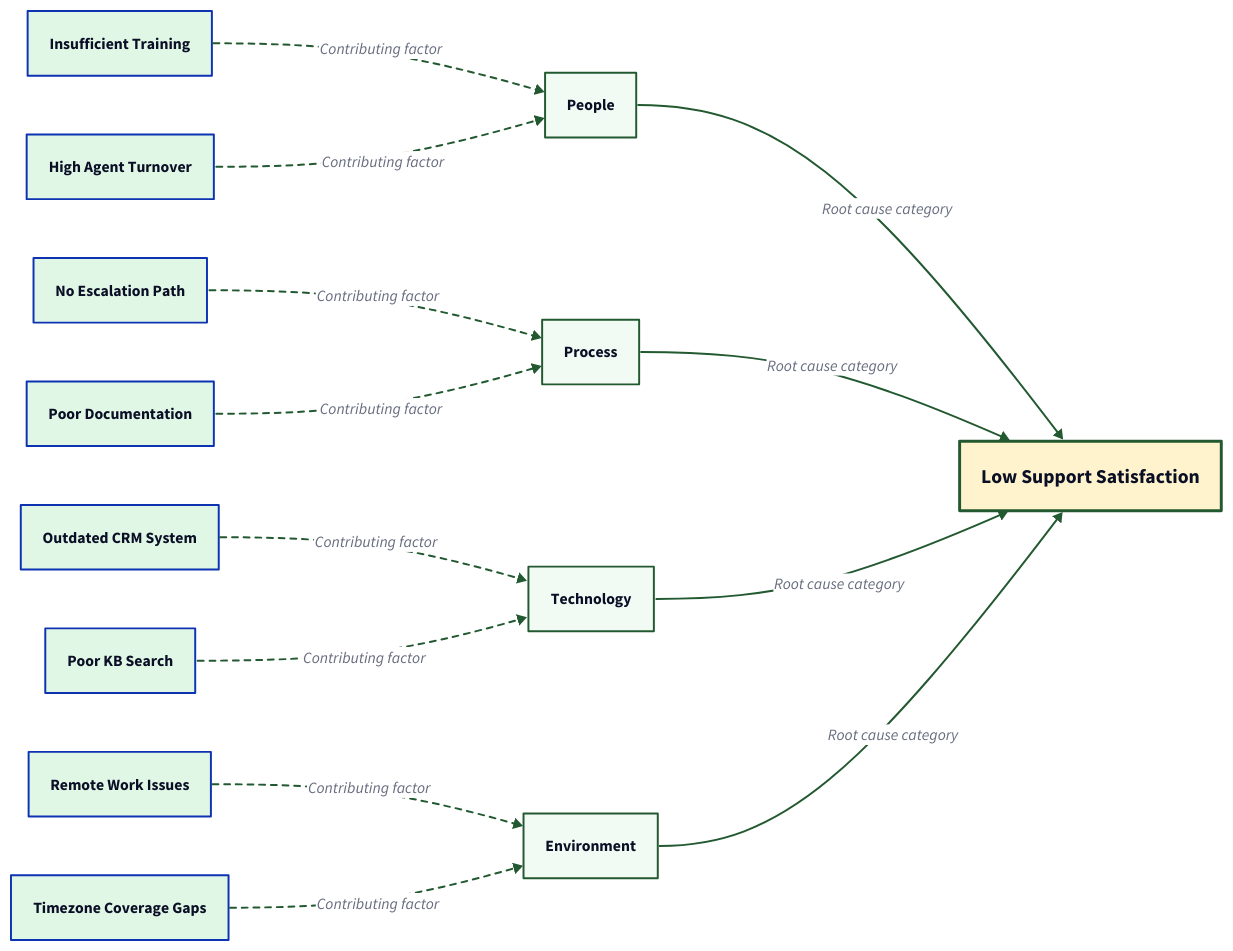
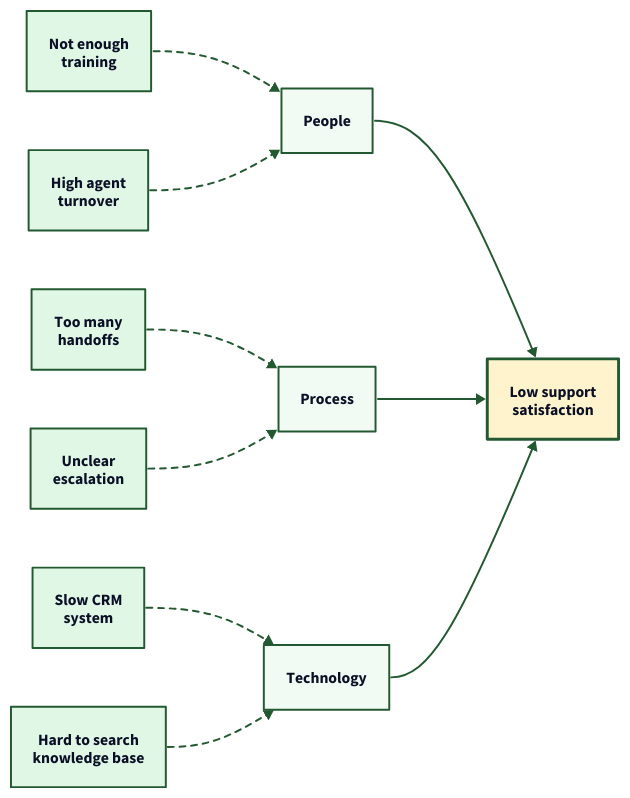
One commit to tallyfy/documentation changed the diagram in src/content/docs/pro/tutorials/how-to/process-improvement/simple-root-cause-analysis-techniques.mdx. Above: the diagram before and after it, drawn with D2. The commit also changed 12 other files, not shown here.

First line of the commit message:
Redraw 14 diagrams on 13 help pages so their text reads at full size

```diff
--- a/src/content/docs/pro/tutorials/how-to/process-improvement/simple-root-cause-analysis-techniques.mdx
+++ b/src/content/docs/pro/tutorials/how-to/process-improvement/simple-root-cause-analysis-techniques.mdx
@@ -65,146 +65,86 @@
 # Fishbone Diagram - Root Cause Analysis
 direction: right
 
-# Problem (Fish Head)
-Problem: Low Support Satisfaction {
-  shape: rectangle
-  style.fill: "#fff3cd"
+P1: "Not enough\ntraining" {
+  style.fill: "#e1f7e6"
   style.stroke: "#225930"
-  style.stroke-width: 3
-  style.font-size: 20
+}
+P2: "High agent\nturnover" {
+  style.fill: "#e1f7e6"
+  style.stroke: "#225930"
+}
+Pr1: "Too many\nhandoffs" {
+  style.fill: "#e1f7e6"
+  style.stroke: "#225930"
+}
+Pr2: "Unclear\nescalation" {
+  style.fill: "#e1f7e6"
+  style.stroke: "#225930"
+}
+T1: "Slow CRM\nsystem" {
+  style.fill: "#e1f7e6"
+  style.stroke: "#225930"
+}
+T2: "Hard to search\nknowledge base" {
+  style.fill: "#e1f7e6"
+  style.stroke: "#225930"
 }
 
-# Main Categories (Main Bones)
 People: People {
-  shape: rectangle
+  style.fill: "#f2faf4"
+  style.stroke: "#225930"
+  style.stroke-width: 2
+}
+Process: Process {
+  style.fill: "#f2faf4"
+  style.stroke: "#225930"
+  style.stroke-width: 2
+}
+Technology: Technology {
   style.fill: "#f2faf4"
   style.stroke: "#225930"
   style.stroke-width: 2
 }
 
-Process: Process {
-  shape: rectangle
-  style.fill: "#f2faf4"
+Problem: "Low support\nsatisfaction" {
+  style.fill: "#fff3cd"
+  style.stroke: "#225930"
+  style.stroke-width: 3
+}
+
+P1 -> People: {
+  style.stroke: "#225930"
+  style.stroke-dash: 3
+}
+P2 -> People: {
+  style.stroke: "#225930"
+  style.stroke-dash: 3
+}
+Pr1 -> Process: {
+  style.stroke: "#225930"
+  style.stroke-dash: 3
+}
+Pr2 -> Process: {
+  style.stroke: "#225930"
+  style.stroke-dash: 3
+}
+T1 -> Technology: {
+  style.stroke: "#225930"
+  style.stroke-dash: 3
+}
+T2 -> Technology: {
+  style.stroke: "#225930"
+  style.stroke-dash: 3
+}
+People -> Problem: {
   style.stroke: "#225930"
   style.stroke-width: 2
 }
-
-Technology: Technology {
-  shape: rectangle
-  style.fill: "#f2faf4"
+Process -> Problem: {
   style.stroke: "#225930"
   style.stroke-width: 2
 }
-
-Environment: Environment {
-  shape: rectangle
-  style.fill: "#f2faf4"
-  style.stroke: "#225930"
-  style.stroke-width: 2
-}
-
-# People Causes (Sub-bones)
-P1: Insufficient Training {
-  shape: rectangle
-  style.fill: "#e1f7e6"
-}
-
-P2: High Agent Turnover {
-  shape: rectangle
-  style.fill: "#e1f7e6"
-}
-
-# Process Causes
-Pr1: No Escalation Path {
-  shape: rectangle
-  style.fill: "#e1f7e6"
-}
-
-Pr2: Poor Documentation {
-  shape: rectangle
-  style.fill: "#e1f7e6"
-}
-
-# Technology Causes
-T1: Outdated CRM System {
-  shape: rectangle
-  style.fill: "#e1f7e6"
-}
-
-T2: Poor KB Search {
-  shape: rectangle
-  style.fill: "#e1f7e6"
-}
-
-# Environment Causes
-E1: Remote Work Issues {
-  shape: rectangle
-  style.fill: "#e1f7e6"
-}
-
-E2: Timezone Coverage Gaps {
-  shape: rectangle
-  style.fill: "#e1f7e6"
-}
-
-# Connect Causes to Categories (Sub-bones)
-P1 -> People: Contributing factor {
-  style.stroke: "#225930"
-  style.stroke-dash: 3
-}
-
-P2 -> People: Contributing factor {
-  style.stroke: "#225930"
-  style.stroke-dash: 3
-}
-
-Pr1 -> Process: Contributing factor {
-  style.stroke: "#225930"
-  style.stroke-dash: 3
-}
-
-Pr2 -> Process: Contributing factor {
-  style.stroke: "#225930"
-  style.stroke-dash: 3
-}
-
-T1 -> Technology: Contributing factor {
-  style.stroke: "#225930"
-  style.stroke-dash: 3
-}
-
-T2 -> Technology: Contributing factor {
-  style.stroke: "#225930"
-  style.stroke-dash: 3
-}
-
-E1 -> Environment: Contributing factor {
-  style.stroke: "#225930"
-  style.stroke-dash: 3
-}
-
-E2 -> Environment: Contributing factor {
-  style.stroke: "#225930"
-  style.stroke-dash: 3
-}
-
-# Connect Categories to Problem (Main Bones to Head)
-People -> Problem: Root cause category {
-  style.stroke: "#225930"
-  style.stroke-width: 2
-}
-
-Process -> Problem: Root cause category {
-  style.stroke: "#225930"
-  style.stroke-width: 2
-}
-
-Technology -> Problem: Root cause category {
-  style.stroke: "#225930"
-  style.stroke-width: 2
-}
-
-Environment -> Problem: Root cause category {
+Technology -> Problem: {
   style.stroke: "#225930"
   style.stroke-width: 2
 }
```
